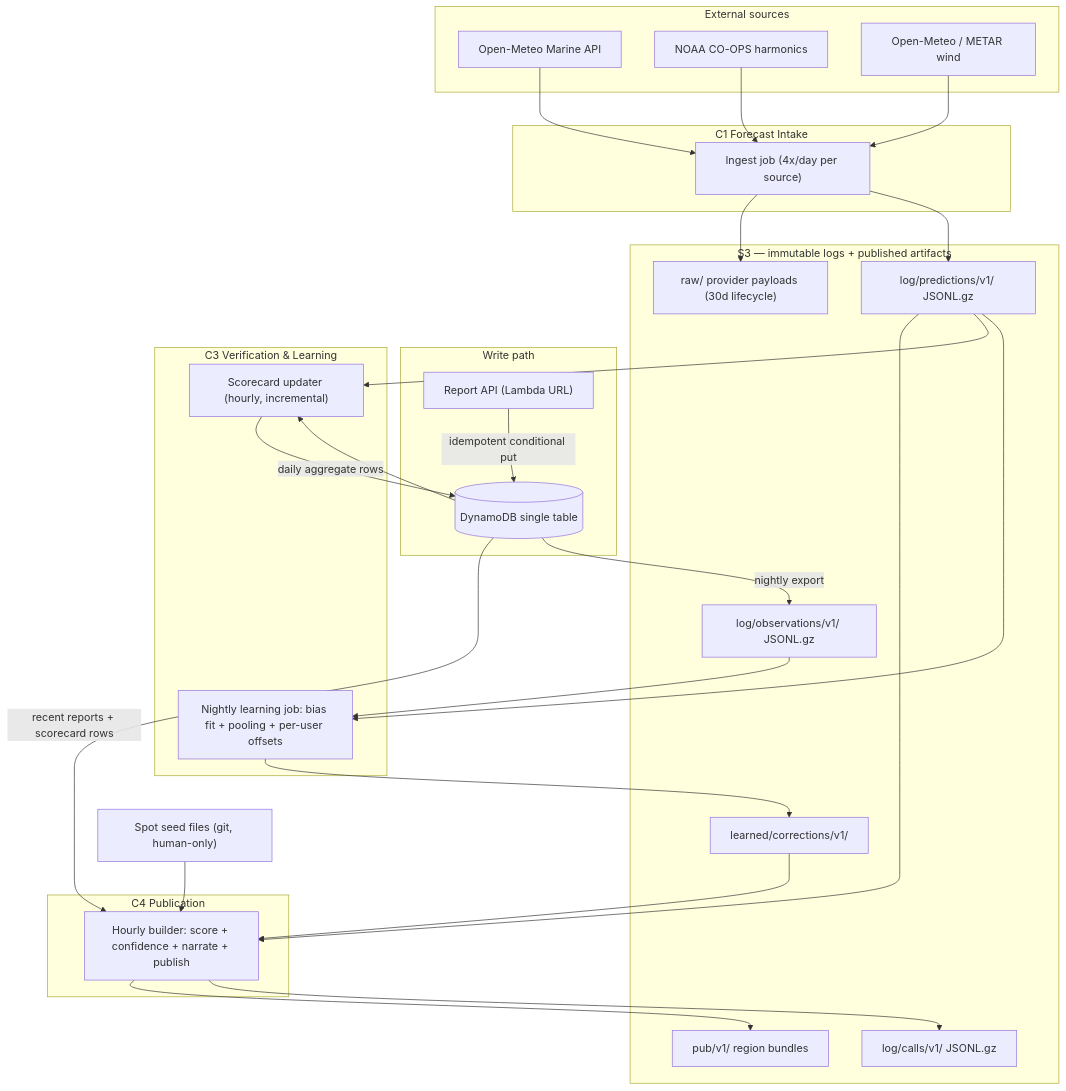
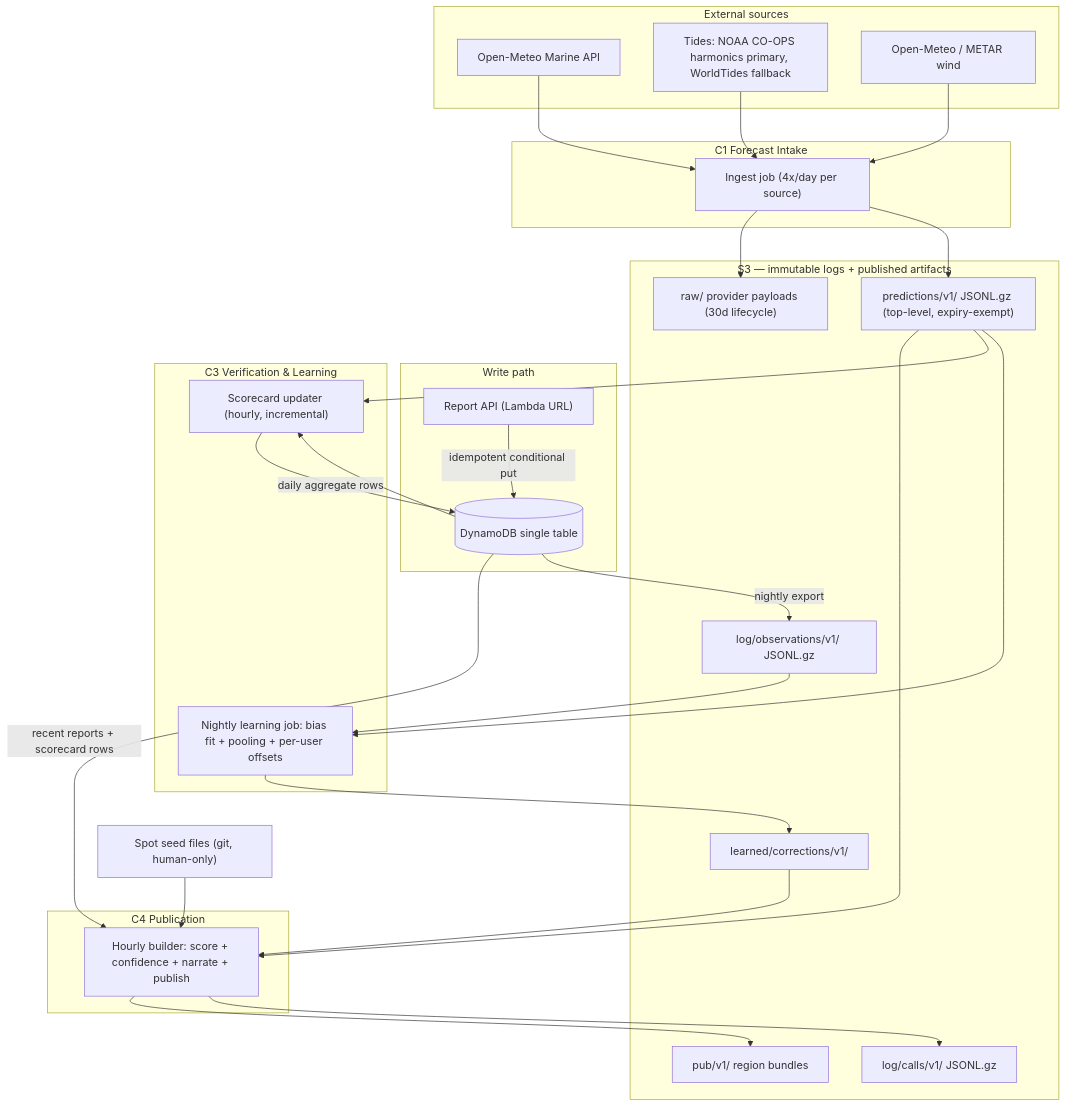
Before and after one commit to AndresPonce507/surfs-up-panama: the second of 2 diagrams in docs/product/architecture/domain-model.md, drawn with Mermaid. The commit also changed other lines of this file and 9 other files, not shown here.

````diff
--- a/docs/product/architecture/domain-model.md
+++ b/docs/product/architecture/domain-model.md
@@ -65,51 +69,51 @@
 ```mermaid
 flowchart TB
     subgraph Sources["External sources"]
         OM["Open-Meteo Marine API"]
-        TIDE["NOAA CO-OPS harmonics"]
+        TIDE["Tides: NOAA CO-OPS harmonics primary, WorldTides fallback"]
         WIND["Open-Meteo / METAR wind"]
     end
     subgraph Intake["C1 Forecast Intake"]
         ING["Ingest job (4x/day per source)"]
     end
     subgraph S3["S3 — immutable logs + published artifacts"]
         RAW["raw/ provider payloads (30d lifecycle)"]
-        PLOG["log/predictions/v1/ JSONL.gz"]
+        PLOG["predictions/v1/ JSONL.gz (top-level, expiry-exempt)"]
         CLOG["log/calls/v1/ JSONL.gz"]
         OEXP["log/observations/v1/ JSONL.gz"]
         CORR["learned/corrections/v1/"]
         PUB["pub/v1/ region bundles"]
     end
     subgraph Build["C4 Publication"]
         BLD["Hourly builder: score + confidence + narrate + publish"]
     end
     subgraph Write["Write path"]
         API["Report API (Lambda URL)"]
         DDB[("DynamoDB single table")]
     end
     subgraph Learn["C3 Verification & Learning"]
         VER["Scorecard updater (hourly, incremental)"]
         LRN["Nightly learning job: bias fit + pooling + per-user offsets"]
     end
     SEED["Spot seed files (git, human-only)"]
 
     OM --> ING
     TIDE --> ING
     WIND --> ING
     ING --> RAW
     ING --> PLOG
     PLOG --> BLD
     SEED --> BLD
     CORR --> BLD
     DDB -->|recent reports + scorecard rows| BLD
     BLD --> PUB
     BLD --> CLOG
     API -->|idempotent conditional put| DDB
     DDB --> VER
     PLOG --> VER
     VER -->|daily aggregate rows| DDB
     DDB -->|nightly export| OEXP
     OEXP --> LRN
     PLOG --> LRN
     LRN --> CORR
 ```
````
